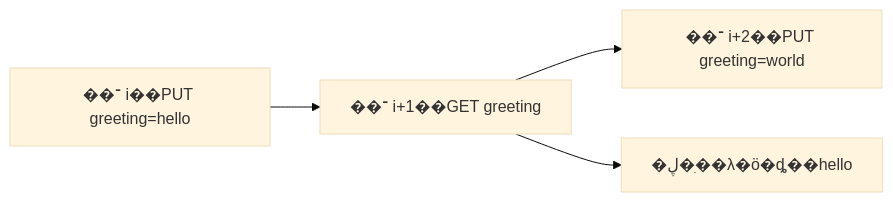
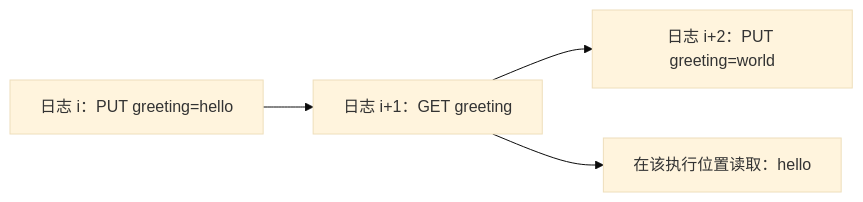
Before and after one commit to KNAIOS/RaftGo: the seventh of 10 diagrams in README.md, drawn with Mermaid (base theme). The commit also changed other lines of this file, not shown here.

Commit message:
Document current Gin gRPC architecture, setup and final verification results

````diff
--- a/README.md
+++ b/README.md
@@ -242,6 +240,6 @@
 ```mermaid
 flowchart LR
-    W1["��־ i��PUT greeting=hello"] --> Read["��־ i+1��GET greeting"]
-    Read --> W2["��־ i+2��PUT greeting=world"]
-    Read --> Result["�ڸ�ִ��λ�ö�ȡ��hello"]
+    W1["日志 i：PUT greeting=hello"] --> Read["日志 i+1：GET greeting"]
+    Read --> W2["日志 i+2：PUT greeting=world"]
+    Read --> Result["在该执行位置读取：hello"]
 ```
````
